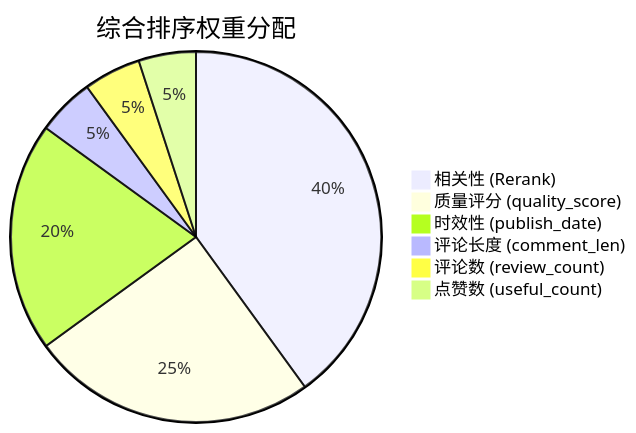
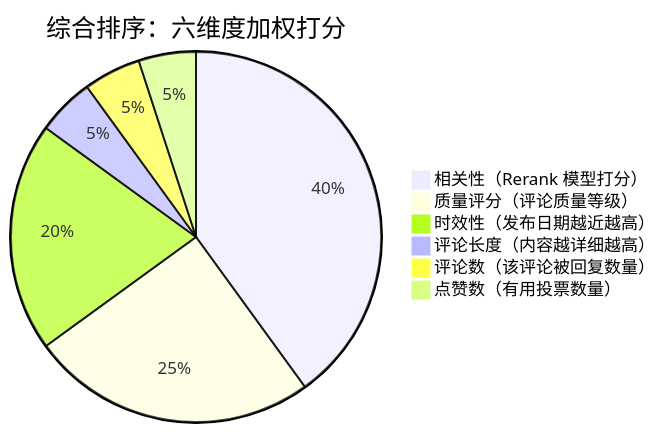
One commit to 0xb3i/intelligent-conversational-ai changed the third of 3 diagrams in README.md. Above: the diagram before and after it, drawn with Mermaid. The commit also changed other lines of this file, not shown here.

Commit message:
优化架构图：横竖结合排版 + 读者友好的描述

````diff
--- a/README.md
+++ b/README.md
@@ -67,9 +70,9 @@
 ```mermaid
-pie title 综合排序权重分配
-    "相关性 (Rerank)" : 40
-    "质量评分 (quality_score)" : 25
-    "时效性 (publish_date)" : 20
-    "评论长度 (comment_len)" : 5
-    "评论数 (review_count)" : 5
-    "点赞数 (useful_count)" : 5
+pie title 综合排序：六维度加权打分
+    "相关性（Rerank 模型打分）" : 40
+    "质量评分（评论质量等级）" : 25
+    "时效性（发布日期越近越高）" : 20
+    "评论长度（内容越详细越高）" : 5
+    "评论数（该评论被回复数量）" : 5
+    "点赞数（有用投票数量）" : 5
 ```
````
